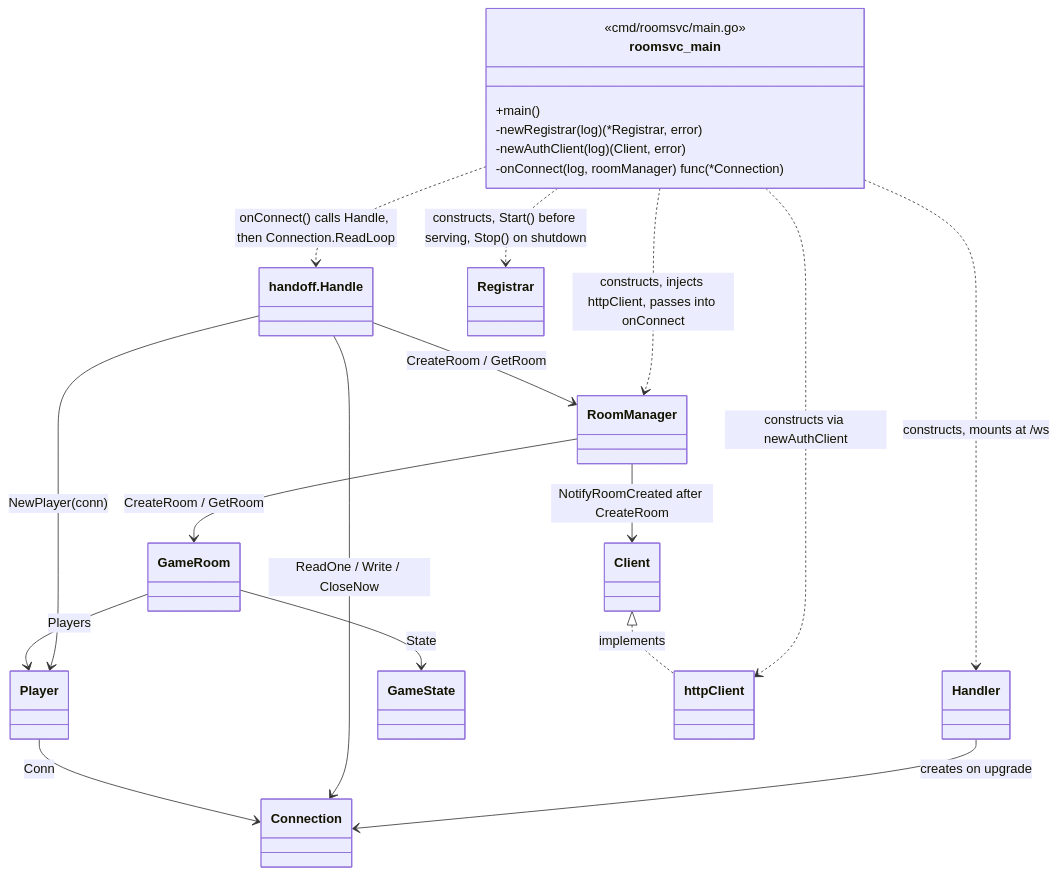
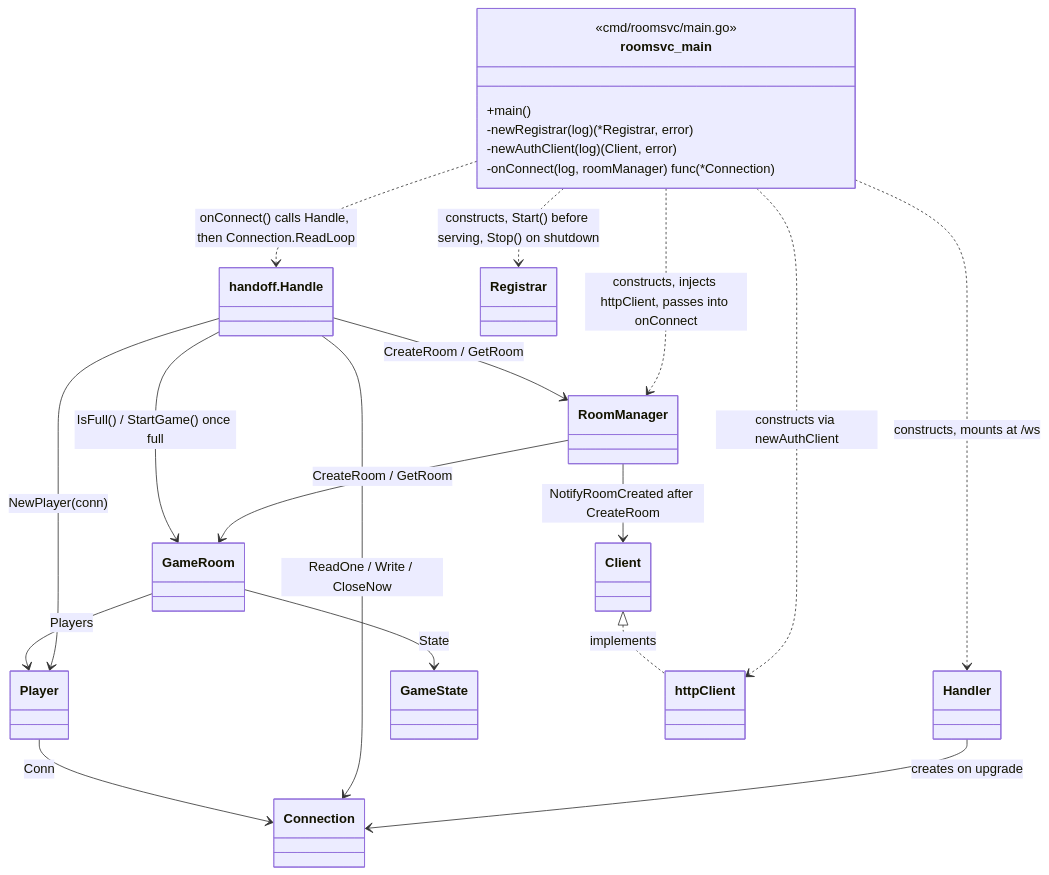
Before and after one commit to cabo-game/cabo-backend: the eighth of 9 diagrams in internal/roomsvc/ARCHITECTURE.md, drawn with Mermaid. The commit also changed other lines of this file and 14 other files, not shown here.

````diff
--- a/internal/roomsvc/ARCHITECTURE.md
+++ b/internal/roomsvc/ARCHITECTURE.md
@@ -373,37 +442,38 @@
 ```mermaid
 classDiagram
     class roomsvc_main {
         <<cmd/roomsvc/main.go>>
         +main()
         -newRegistrar(log) (*Registrar, error)
         -newAuthClient(log) (Client, error)
         -onConnect(log, roomManager) func(*Connection)
     }
 
     class Handler
     class Connection
     class handoff_pkg["handoff.Handle"]
     class RoomManager
     class GameRoom
     class Player
     class GameState
     class Registrar
     class Client
     class httpClient
 
     roomsvc_main ..> Handler : constructs, mounts at /ws
     roomsvc_main ..> Registrar : constructs, Start() before serving, Stop() on shutdown
     roomsvc_main ..> httpClient : constructs via newAuthClient
     roomsvc_main ..> RoomManager : constructs, injects httpClient, passes into onConnect
     roomsvc_main ..> handoff_pkg : onConnect() calls Handle, then Connection.ReadLoop
     Handler --> Connection : creates on upgrade
     handoff_pkg --> Connection : ReadOne / Write / CloseNow
     handoff_pkg --> RoomManager : CreateRoom / GetRoom
     handoff_pkg --> Player : NewPlayer(conn)
     RoomManager --> GameRoom : CreateRoom / GetRoom
     RoomManager --> Client : NotifyRoomCreated after CreateRoom
     Client <|.. httpClient : implements
     GameRoom --> Player : Players
     GameRoom --> GameState : State
     Player --> Connection : Conn
+    handoff_pkg --> GameRoom : IsFull() / StartGame() once full
 ```
````
